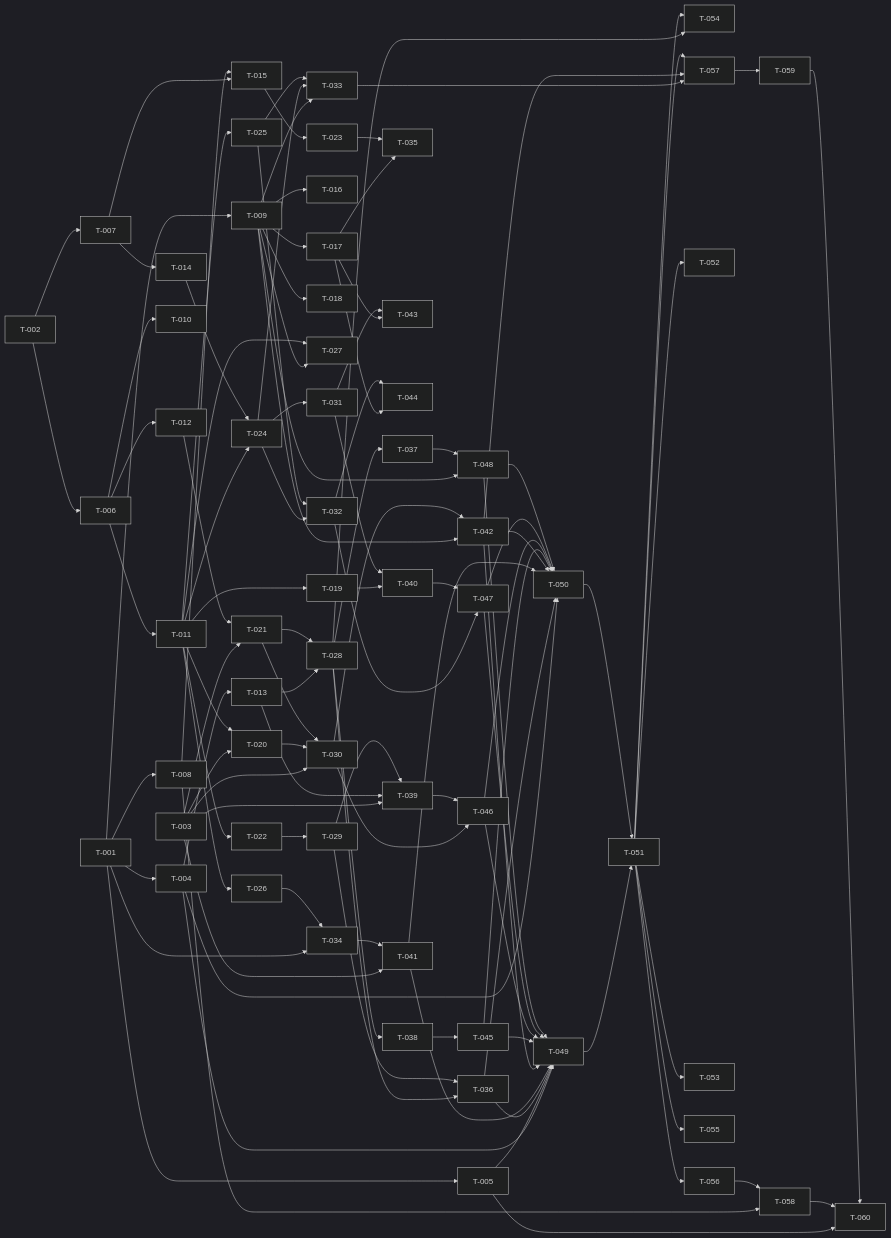
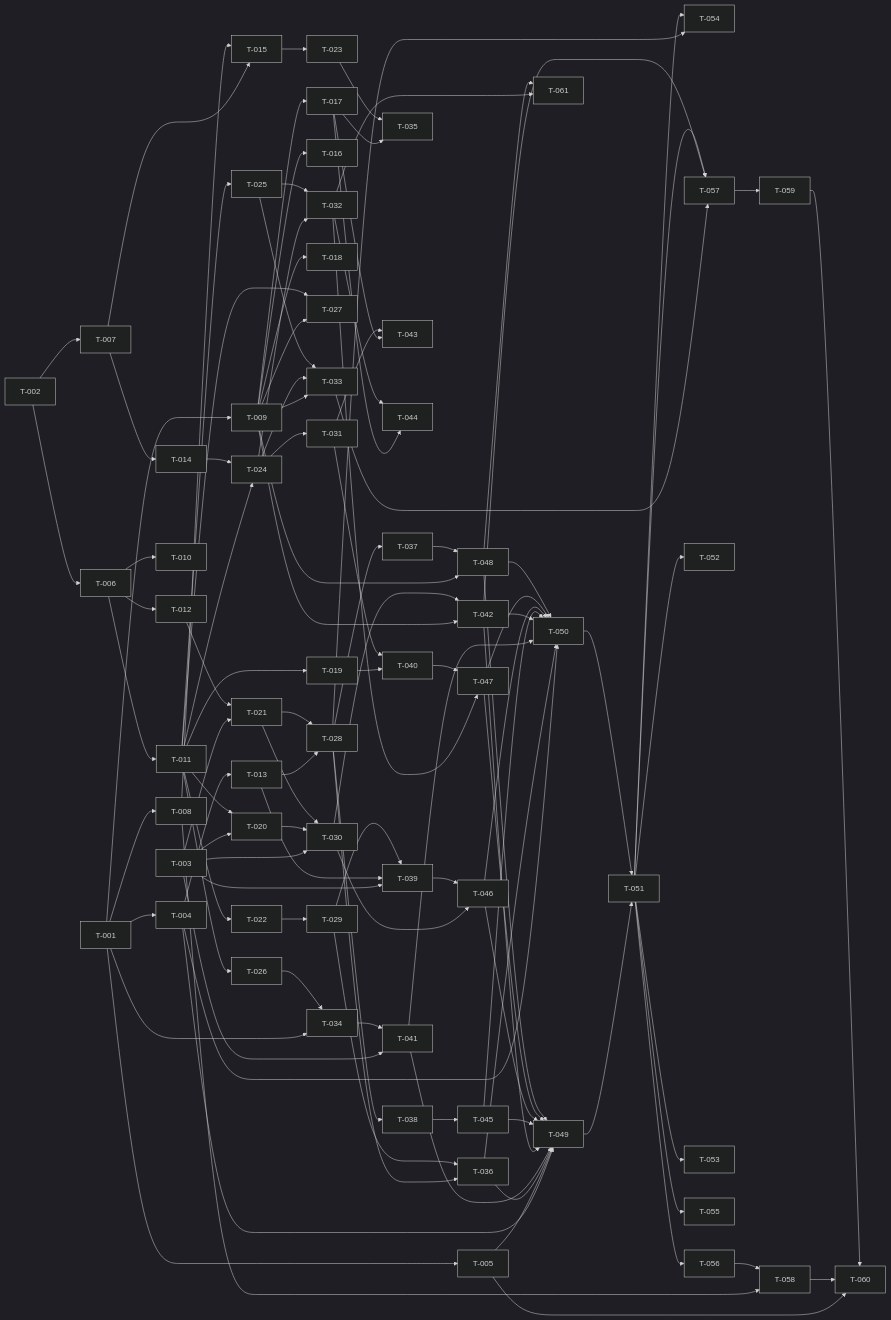
One commit to alecszaharia/omarchy-rain-radar changed the diagram in context/plans/build-site.md. Above: the diagram before and after it, drawn with Mermaid (dark theme). The commit also changed other lines of this file and 23 other files, not shown here.

````diff
--- a/context/plans/build-site.md
+++ b/context/plans/build-site.md
@@ -416,5 +436,7 @@
     T-057 --> T-059
     T-056 --> T-058
     T-058 --> T-060
+    T-032 --> T-061
+    T-048 --> T-061
     T-059 --> T-060
 ```
````
